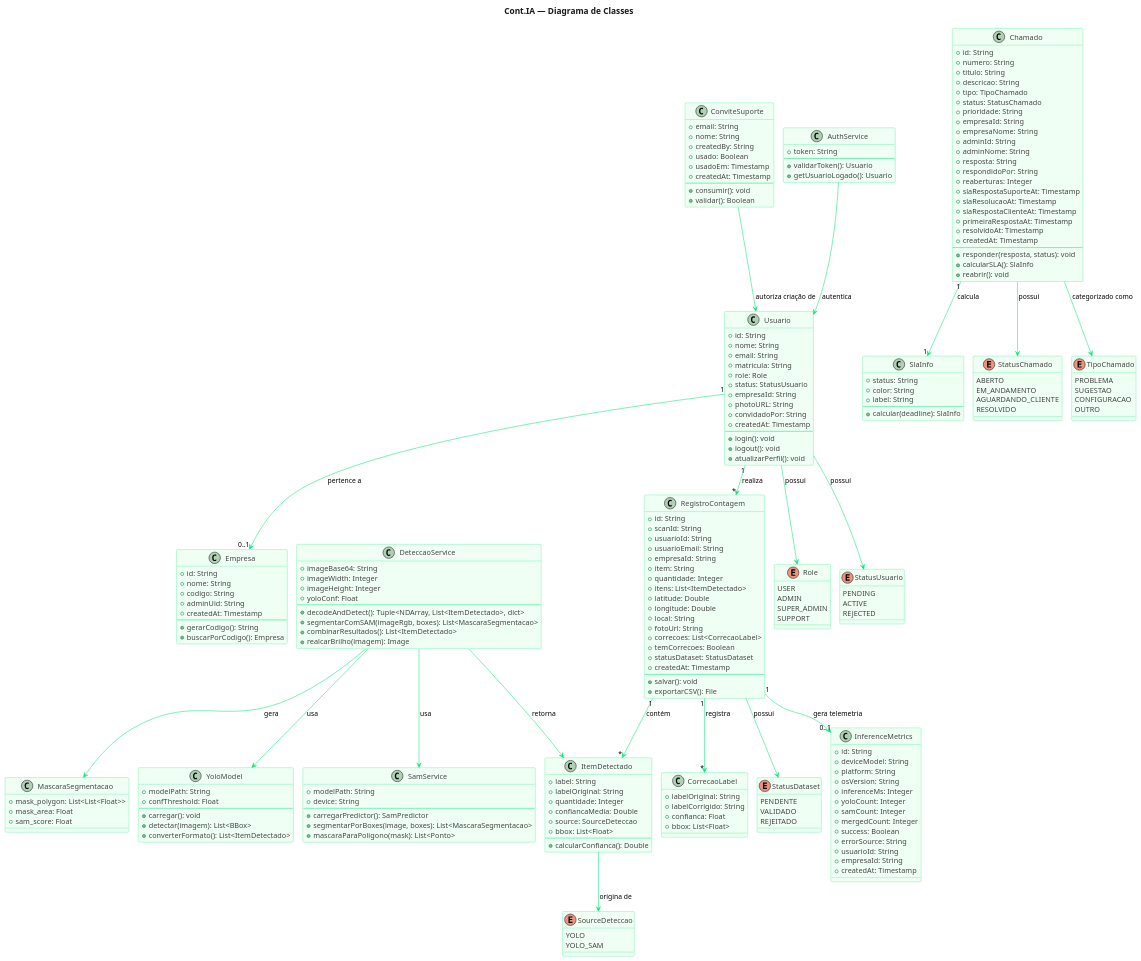
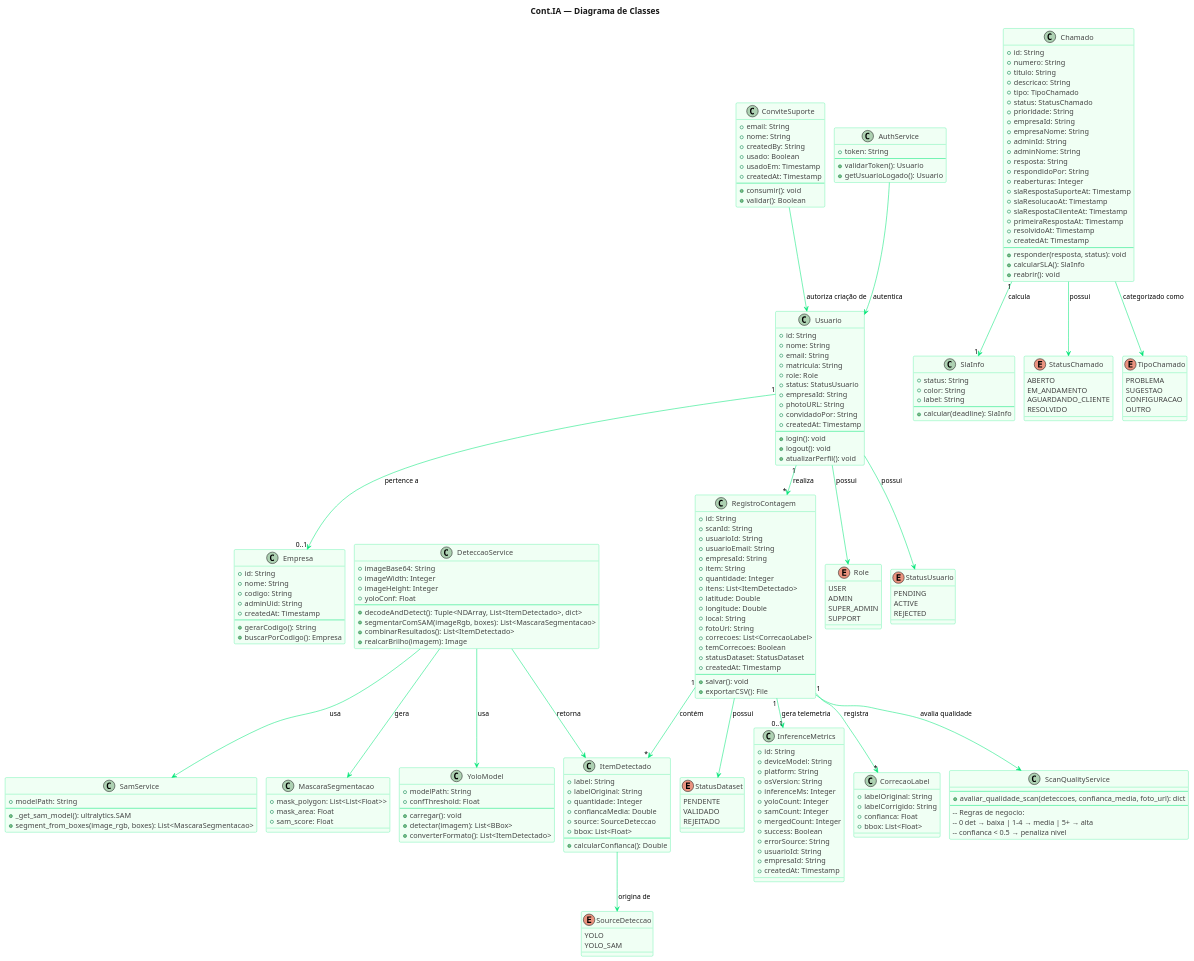
Before and after one commit to JuBertoldo/cont-ia: the diagram in docs/diagramas/03_classes.puml, drawn with PlantUML. The commit also changed 3 other files, not shown here.

First line of the commit message:
docs(diagramas): atualizar 3 diagramas com mudancas recentes

```diff
--- a/docs/diagramas/03_classes.puml
+++ b/docs/diagramas/03_classes.puml
@@ -104,11 +104,18 @@
 
 class SamService {
     +modelPath: String
-    +device: String
     --
-    +carregarPredictor(): SamPredictor
-    +segmentarPorBoxes(image, boxes): List<MascaraSegmentacao>
-    +mascaraParaPoligono(mask): List<Ponto>
+    +_get_sam_model(): ultralytics.SAM
+    +segment_from_boxes(image_rgb, boxes): List<MascaraSegmentacao>
+}
+
+class ScanQualityService {
+    --
+    +avaliar_qualidade_scan(deteccoes, confianca_media, foto_url): dict
+    --
+    -- Regras de negocio:
+    -- 0 det → baixa | 1-4 → media | 5+ → alta
+    -- confianca < 0.5 → penaliza nivel
 }
 
 class MascaraSegmentacao {
@@ -234,6 +241,7 @@
 DeteccaoService --> SamService : usa
 DeteccaoService --> ItemDetectado : retorna
 DeteccaoService --> MascaraSegmentacao : gera
+RegistroContagem --> ScanQualityService : avalia qualidade
 Usuario --> Role : possui
 Usuario --> StatusUsuario : possui
 ItemDetectado --> SourceDeteccao : origina de
```
